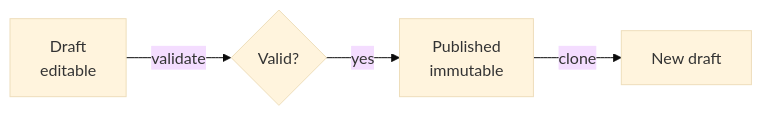
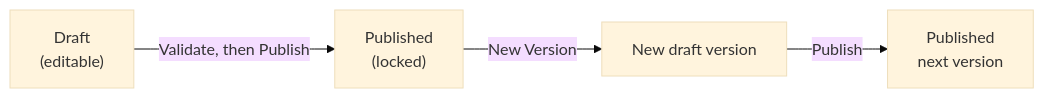
Before and after one commit to rkrumins/dataviz: the second of 2 diagrams in docs/guide/SEMANTIC_LAYER.md, drawn with Mermaid (base theme). The commit also changed other lines of this file and 35 other files, not shown here.

````diff
--- a/docs/guide/SEMANTIC_LAYER.md
+++ b/docs/guide/SEMANTIC_LAYER.md
@@ -74,6 +121,6 @@
 ```mermaid
 flowchart LR
-  draft[Draft<br/>editable] -->|validate| chk{Valid?}
-  chk -->|yes| pub[Published<br/>immutable]
-  pub -->|clone| draft2[New draft]
+  A["Draft<br/>(editable)"] -->|"Validate, then Publish"| B["Published<br/>(locked)"]
+  B -->|"New Version"| C["New draft version"]
+  C -->|Publish| D["Published<br/>next version"]
 ```
````
